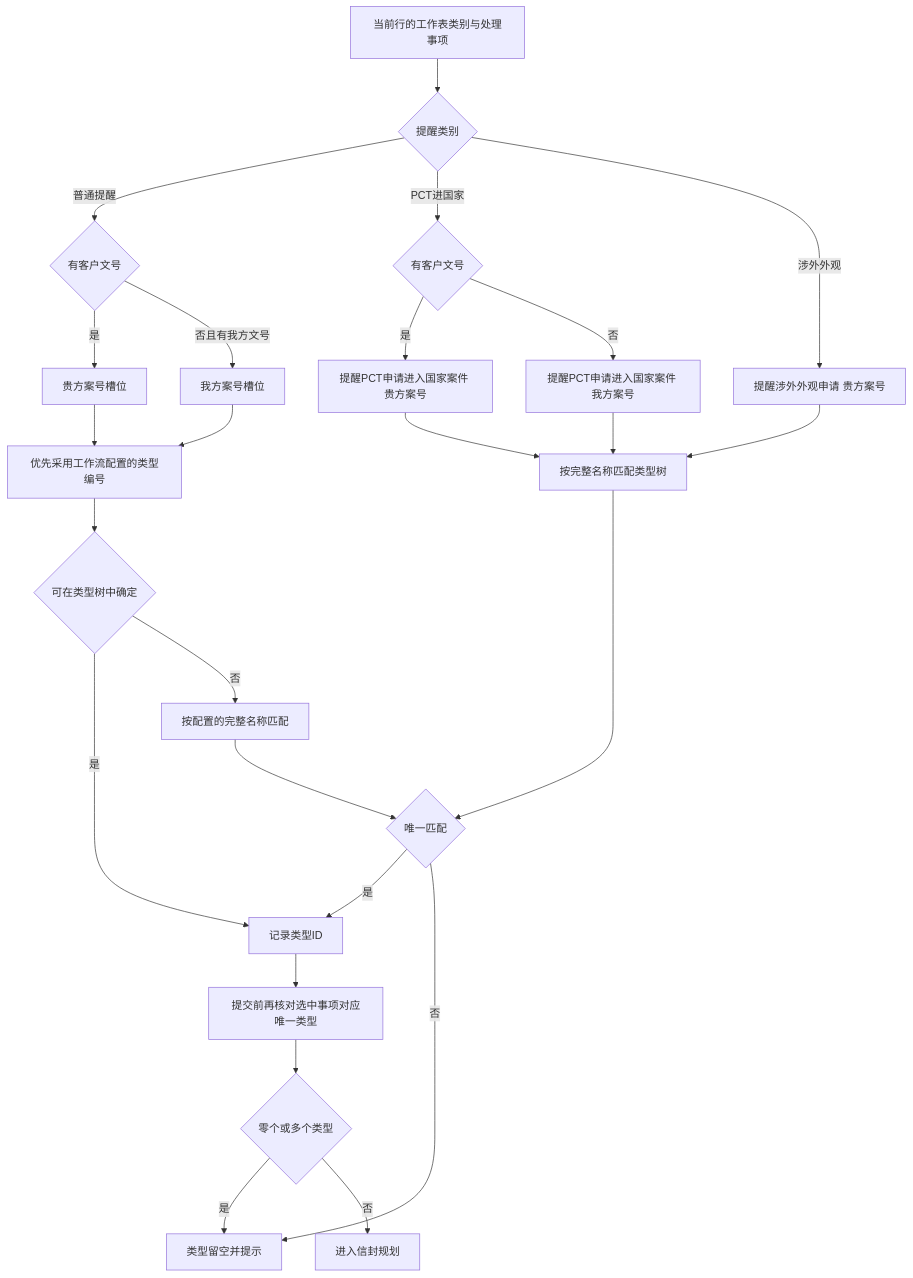
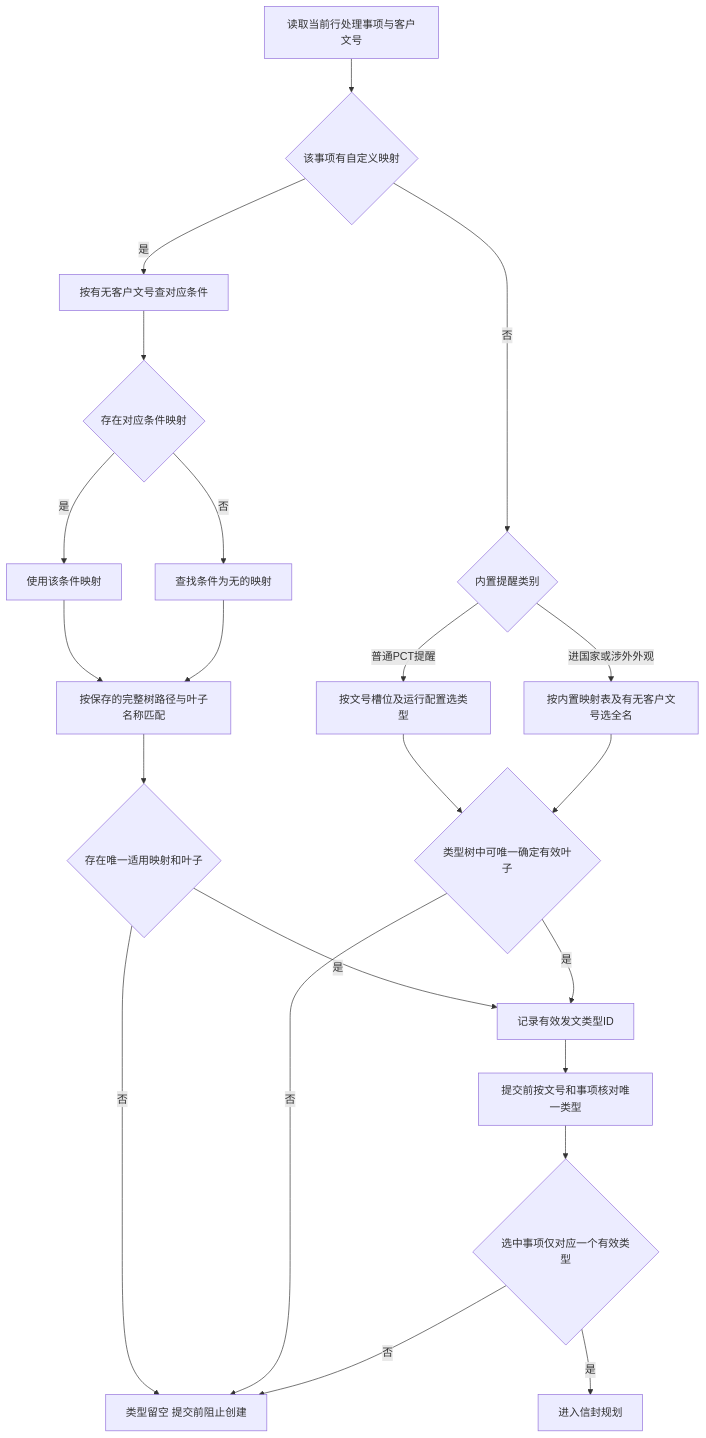
The third of 11 diagrams in patmail-extension/docs/workflows/PCT提醒.md (haohaizi233/patmail), drawn with Mermaid before and after one commit. The commit also changed other lines of this file and 12 other files, not shown here.

````diff
--- a/patmail-extension/docs/workflows/PCT提醒.md
+++ b/patmail-extension/docs/workflows/PCT提醒.md
@@ -87,31 +114,29 @@
 ```mermaid
 flowchart TD
-  A[当前行的工作表类别与处理事项] --> B{提醒类别}
-  B -->|普通提醒| C{有客户文号}
-  C -->|是| D[贵方案号槽位]
-  C -->|否且有我方文号| E[我方案号槽位]
-  D --> F[优先采用工作流配置的类型编号]
-  E --> F
-  F --> G{可在类型树中确定}
-  G -->|是| H[记录类型ID]
-  G -->|否| I[按配置的完整名称匹配]
-  I --> J{唯一匹配}
-  J -->|是| H
-  J -->|否| X[类型留空并提示]
-  B -->|PCT进国家| K{有客户文号}
-  K -->|是| L[提醒PCT申请进入国家案件 贵方案号]
-  K -->|否| M[提醒PCT申请进入国家案件 我方案号]
-  B -->|涉外外观| N[提醒涉外外观申请 贵方案号]
-  L --> O[按完整名称匹配类型树]
-  M --> O
-  N --> O
-  O --> J
-  H --> P[提交前再核对选中事项对应唯一类型]
-  P --> Q{零个或多个类型}
-  Q -->|是| X
-  Q -->|否| R[进入信封规划]
+  A[读取当前行处理事项与客户文号] --> B{该事项有自定义映射}
+  B -->|是| C[按有无客户文号查对应条件]
+  C --> D{存在对应条件映射}
+  D -->|是| E[使用该条件映射]
+  D -->|否| F[查找条件为无的映射]
+  E --> G[按保存的完整树路径与叶子名称匹配]
+  F --> G
+  G --> H{存在唯一适用映射和叶子}
+  H -->|否| X[类型留空 提交前阻止创建]
+  H -->|是| I[记录有效发文类型ID]
+  B -->|否| J{内置提醒类别}
+  J -->|普通PCT提醒| K[按文号槽位及运行配置选类型]
+  J -->|进国家或涉外外观| L[按内置映射表及有无客户文号选全名]
+  K --> M{类型树中可唯一确定有效叶子}
+  L --> M
+  M -->|否| X
+  M -->|是| I
+  I --> N[提交前按文号和事项核对唯一类型]
+  N --> O{选中事项仅对应一个有效类型}
+  O -->|否| X
+  O -->|是| P[进入信封规划]
   class A pmStep
-  class B,C,G,J,K,Q pmDecision
-  class R pmSuccess
+  class B,D,H,J,M,O pmDecision
+  class P pmSuccess
+  class F,N pmWarning
   class X pmStop
 ```
````
